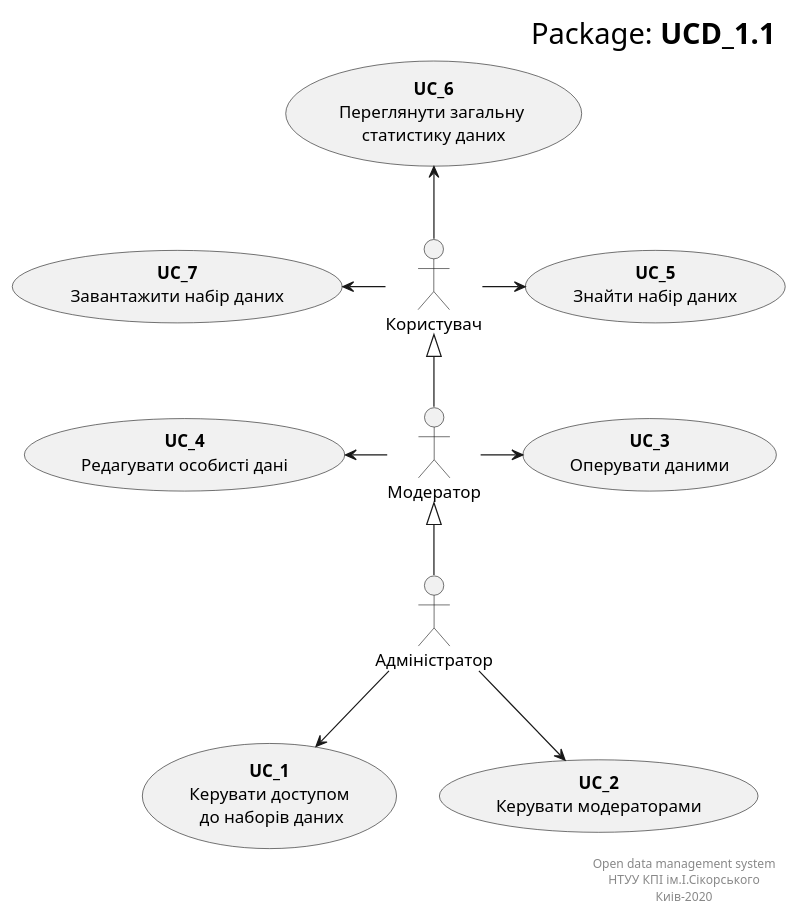
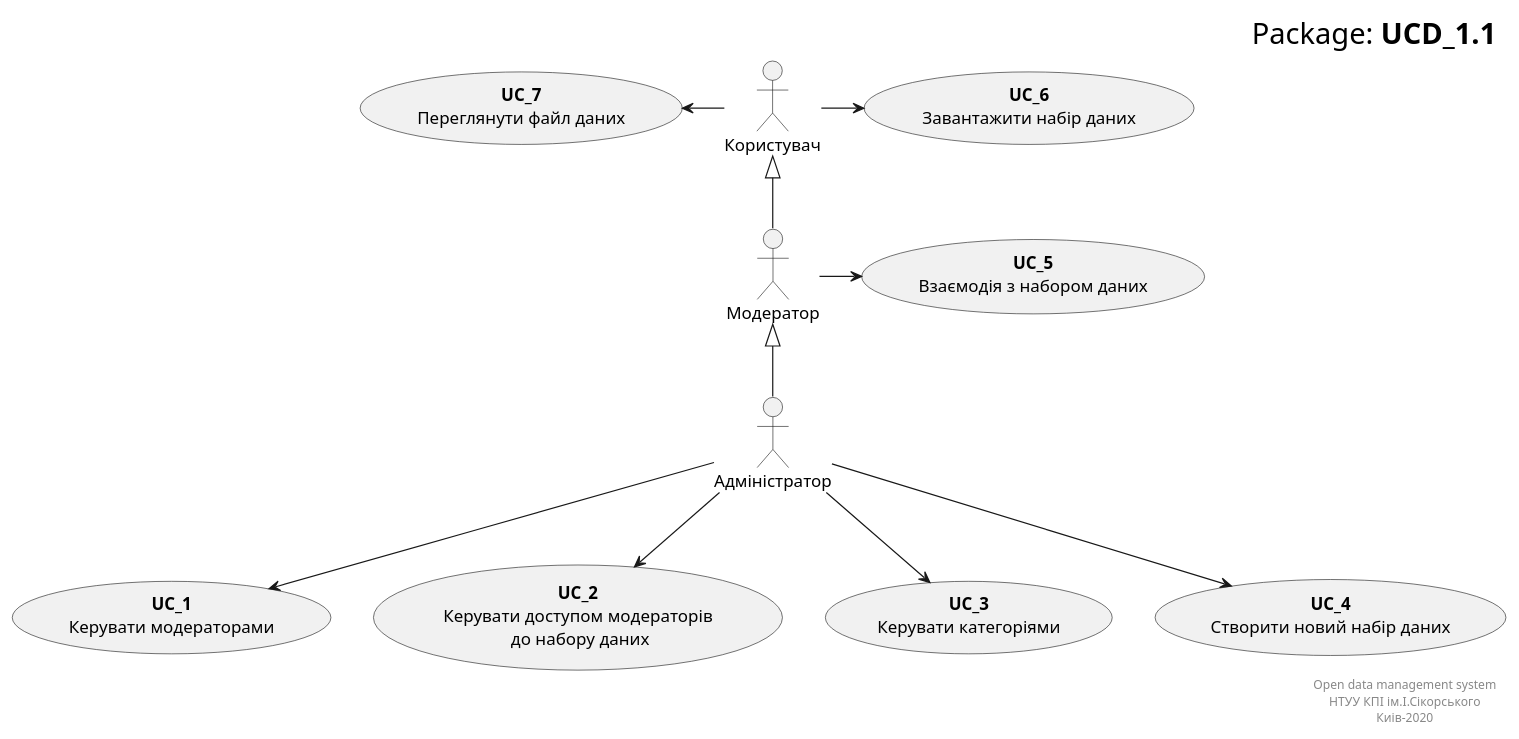
The diagram in src/uml/usecase11.puml (KarmazinN/db_open_data), drawn with PlantUML before and after one commit.

```diff
--- a/src/uml/usecase11.puml
+++ b/src/uml/usecase11.puml
@@ -1,38 +1,40 @@
 @startuml
 right header
         <font size=24 color=black>Package: <b>UCD_1.1
     end header
 
 actor :Адміністратор: as Admin
 actor :Модератор: as Moder
 actor :Користувач: as User
 
-usecase "<b>UC_1</b>\nКерувати доступом\n до наборів даних" as UC_1
-usecase "<b>UC_2</b>\nКерувати модераторами" as UC_2
+usecase "<b>UC_1</b>\nКерувати модераторами" as UC_1
+usecase "<b>UC_2</b>\nКерувати доступом модераторів\n до набору даних" as UC_2
+usecase "<b>UC_3</b>\nКерувати категоріями" as UC_3
+usecase "<b>UC_4</b>\nСтворити новий набір даних" as UC_4
 
-usecase "<b>UC_3</b>\nОперувати даними" as UC_3
-usecase "<b>UC_4</b>\nРедагувати особисті дані" as UC_4
+usecase "<b>UC_5</b>\nВзаємодія з набором даних" as UC_5
 
-usecase "<b>UC_5</b>\nЗнайти набір даних" as UC_5
-usecase "<b>UC_6</b>\nПереглянути загальну \nстатистику даних" as UC_6
-usecase "<b>UC_7</b>\nЗавантажити набір даних" as UC_7
+usecase "<b>UC_6</b>\nЗавантажити набір даних" as UC_6
+usecase "<b>UC_7</b>\nПереглянути файл даних" as UC_7
+
 
 Admin -up-|> Moder
 Moder -up-|> User
 
 Admin --> UC_1
 Admin --> UC_2
+Admin --> UC_3
+Admin --> UC_4
 
-Moder -r-> UC_3
-Moder -l-> UC_4
+Moder -r-> UC_5
 
-User -r-> UC_5
-User -up-> UC_6
+User -r-> UC_6
 User -l-> UC_7
+
 
     right footer
         Open data management system
         НТУУ КПІ ім.І.Сікорського
         Киів-2020
     end footer
 @enduml
```
